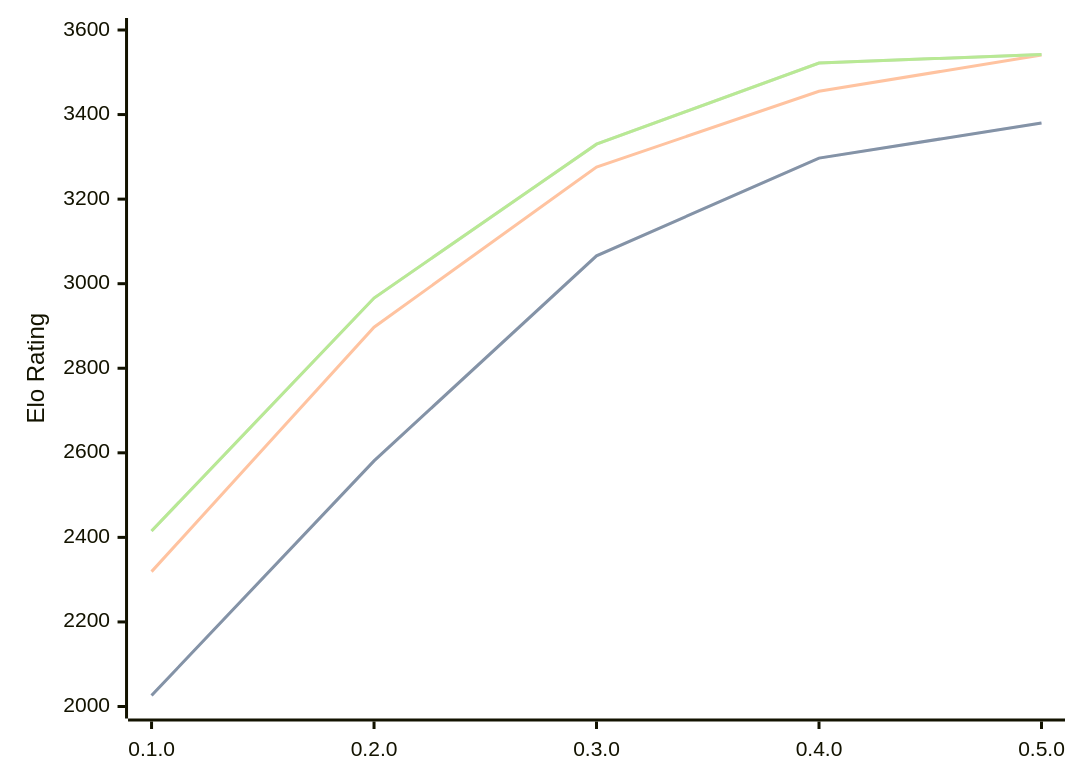
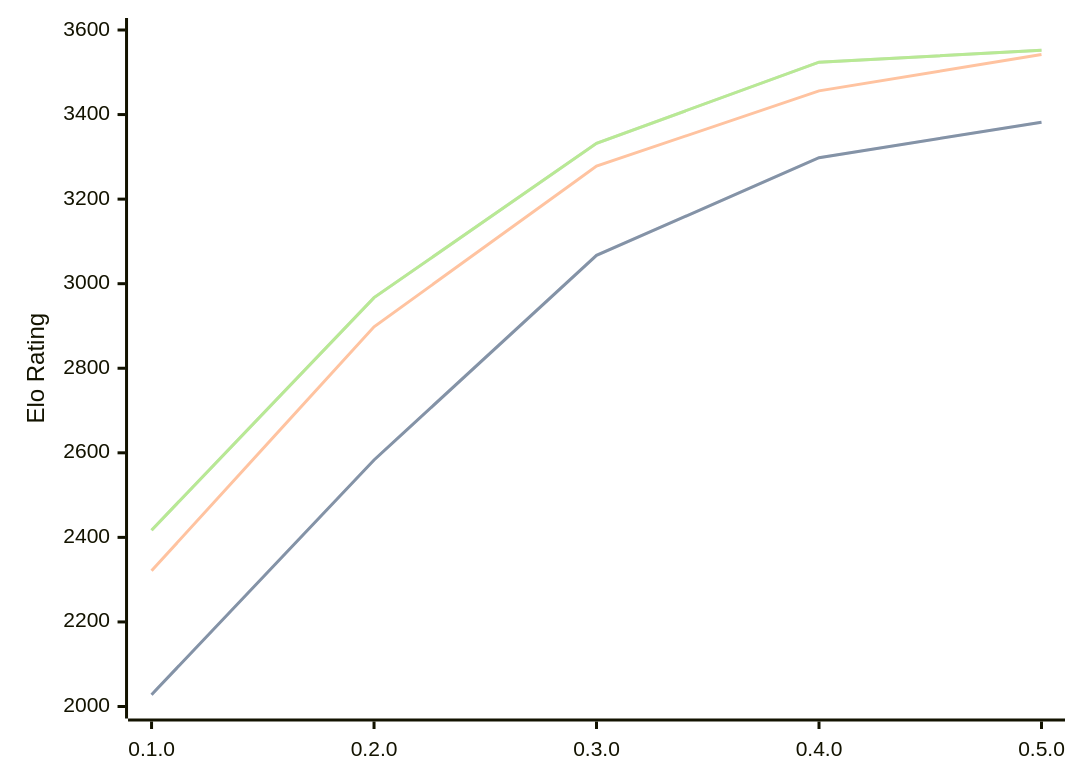
The diagram in engines/Justbot.md (computer-chess-index/cci), drawn with Mermaid before and after one commit. The commit also changed other lines of this file, not shown here.

Commit message:
Update CCI Ratings (ELO VLTC) - 2026-10-09

````diff
--- a/engines/Justbot.md
+++ b/engines/Justbot.md
@@ -35,11 +35,11 @@
 ```mermaid
 %%{init: {"theme":"base","themeVariables":{"seriesColors:['#a3a3a3','#222221','#faa371']}}}%%
 xychart-beta
   x-axis ["0.1.0", "0.2.0", "0.3.0", "0.4.0", "0.5.0"]
   y-axis "Elo Rating" 2000 --> 3600
-  line "" [2026, 2581, 3066, 3297, 3380]
-  line "STC (8.0+0.08s)" [2026, 2581, 3066, 3297, 3380]
-  line "LTC (60.0+0.60s)" [2319, 2897, 3276, 3455, 3541]
-  line "" [2415, 2966, 3330, 3522, 3542]
-  line "VLTC (2m24s+1.12s)" [2415, 2966, 3330, 3522, 3542]
+  line "" [2028, 2583, 3067, 3298, 3382]
+  line "STC (8.0+0.08s)" [2028, 2583, 3067, 3298, 3382]
+  line "LTC (60.0+0.60s)" [2321, 2898, 3278, 3456, 3542]
+  line "" [2417, 2967, 3332, 3524, 3552]
+  line "VLTC (2m24s+1.12s)" [2417, 2967, 3332, 3524, 3552]
 ```
````
